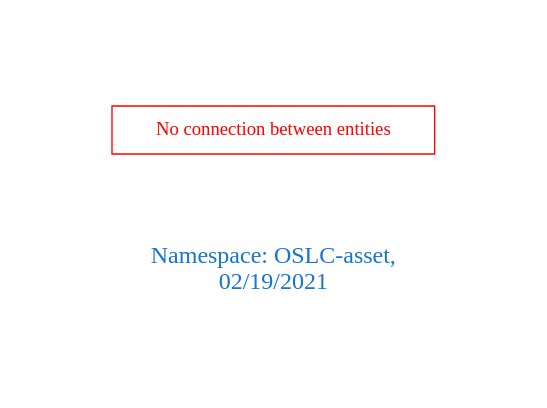
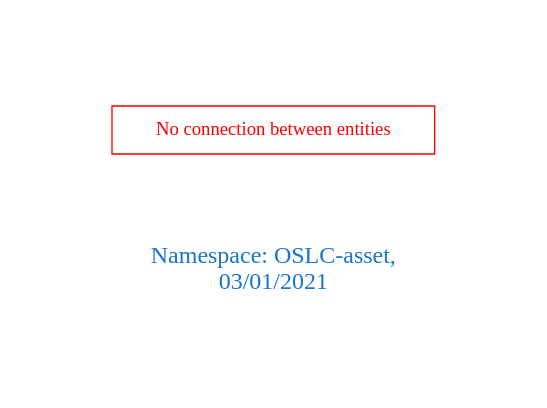
One commit to arago/OGIT changed the diagram in downloads/OSLC-asset.dot. Above: the diagram before and after it, drawn with Graphviz. The commit also changed 1845 other files, not shown here.

```diff
--- a/downloads/OSLC-asset.dot
+++ b/downloads/OSLC-asset.dot
@@ -1,9 +1,9 @@
 digraph OGIT_ontology {
  graph [ rankdir= LR,pad=1 
 fontsize = 18,
-fontcolor= dodgerblue3,label = "\n\n\nNamespace: OSLC-asset, \n 02/19/2021"];
+fontcolor= dodgerblue3,label = "\n\n\nNamespace: OSLC-asset, \n 03/01/2021"];
 node[shape=polygon];
 edge [  color="gray81"];
 
 "No connection between entities" [fontcolor = "red",color="red", shape="polygon"]
 }
```
